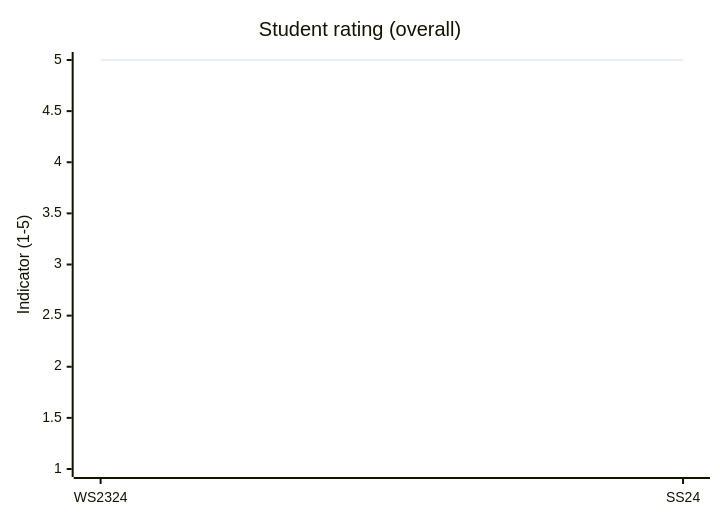
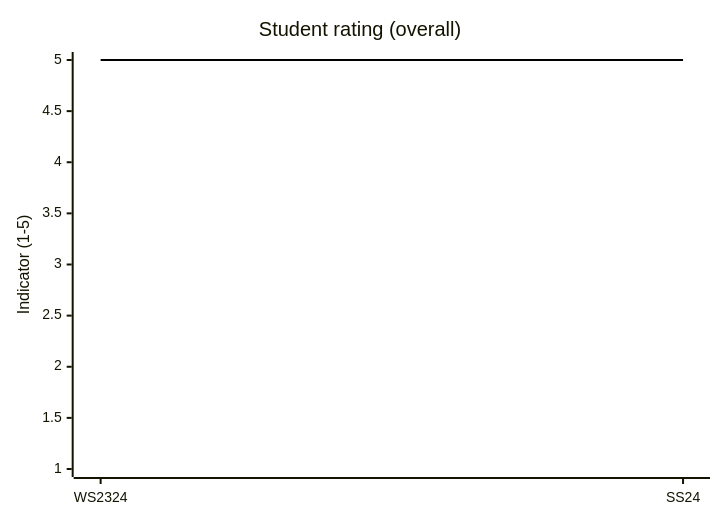
One commit to digital-work-lab/literature-review-seminar changed the first of 2 diagrams in docs/evaluations.md. Above: the diagram before and after it, drawn with Mermaid. The commit also changed other lines of this file, not shown here.

````diff
--- a/docs/evaluations.md
+++ b/docs/evaluations.md
@@ -24,7 +24,8 @@
 ```mermaid
+%%{init: { "themeVariables": {"xyChart": {"plotColorPalette": "#000000", "plotLineWidth": 4} } }}%%
 xychart-beta
     title "Student rating (overall)"
     x-axis [WS2324, SS24]
     y-axis "Indicator (1-5)" 1 --> 5
     line [5.0, 5.0]
 ```
````
